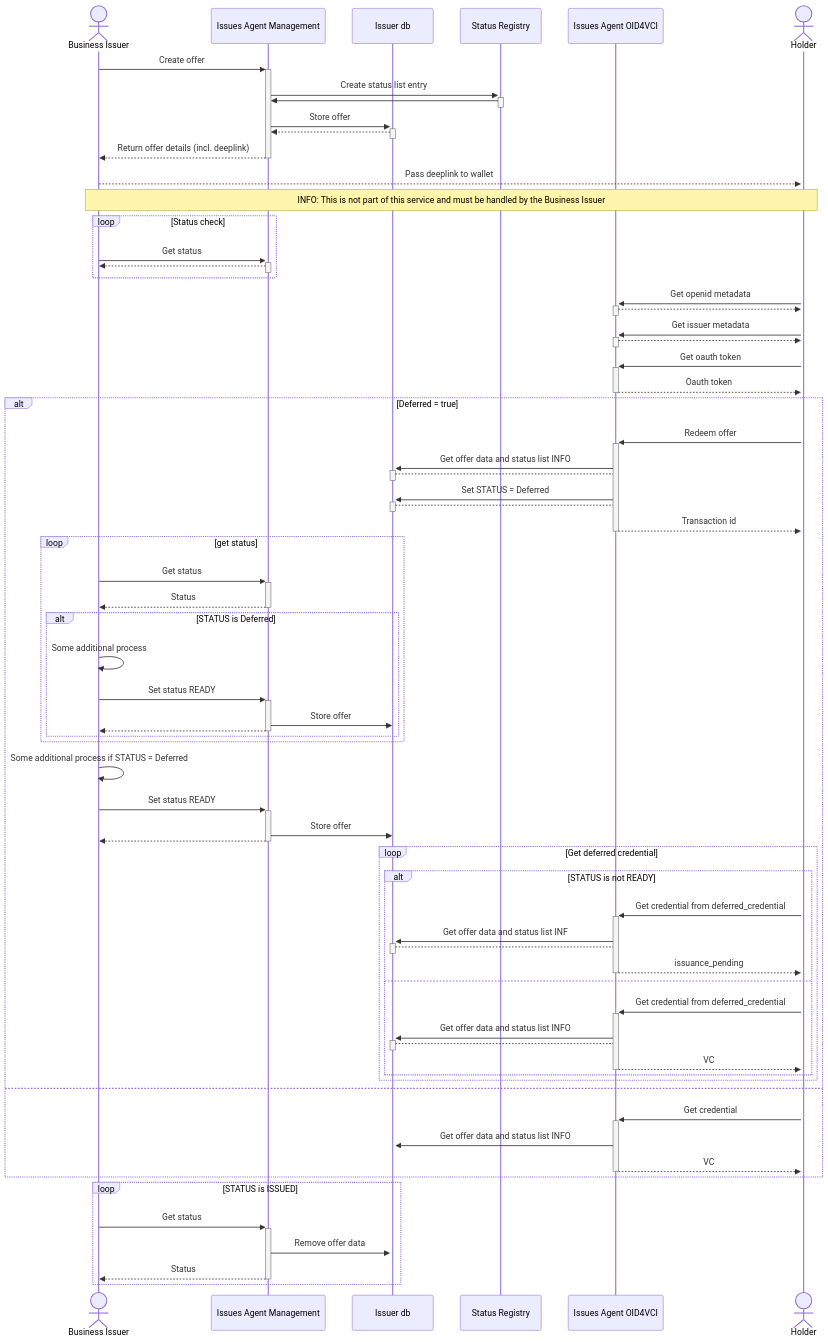
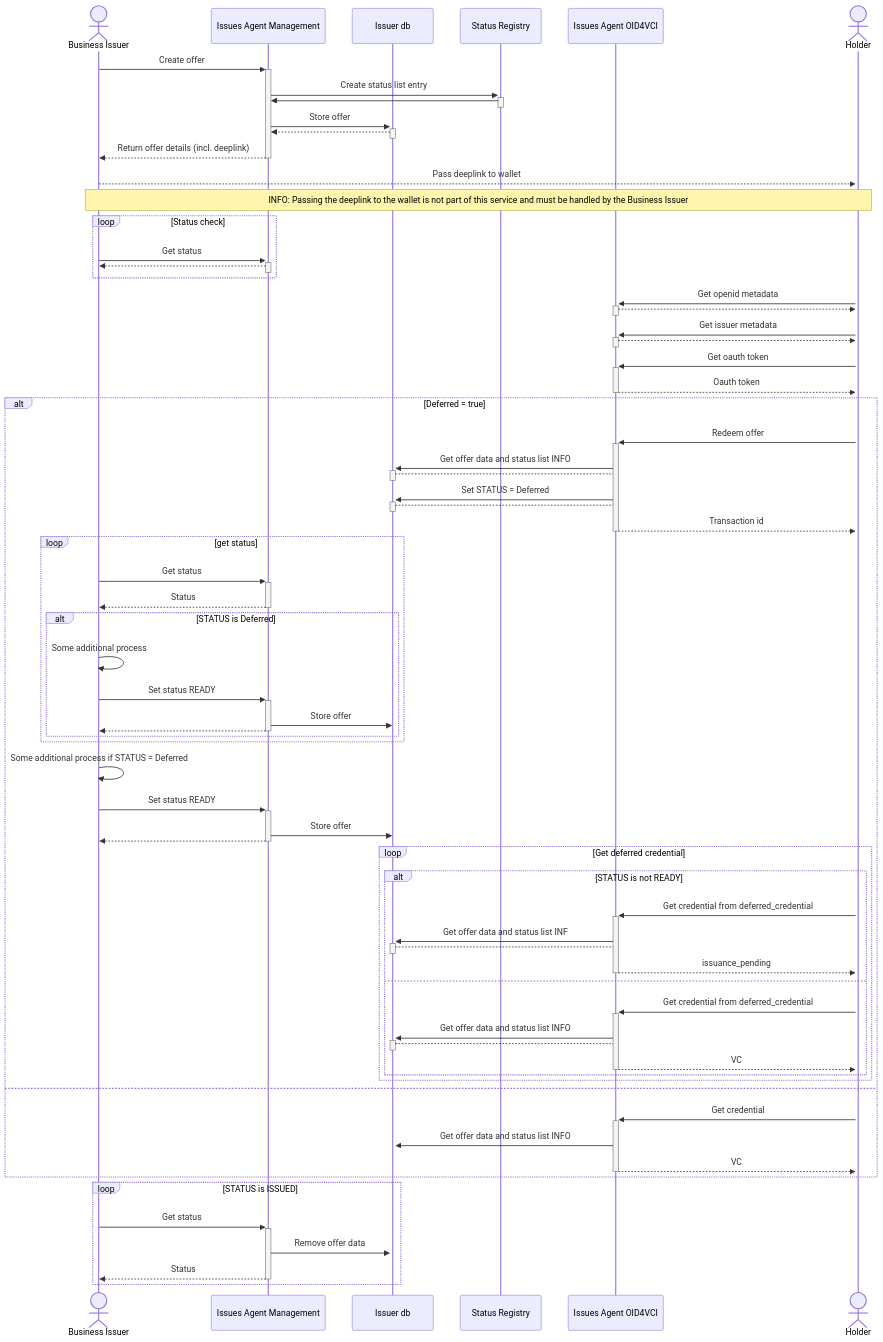
One commit to swiyu-admin-ch/swiyu-issuer changed the third of 4 diagrams in README.md. Above: the diagram before and after it, drawn with Mermaid.

Commit message:
Applied suggestion

```diff
--- a/README.md
+++ b/README.md
@@ -321,7 +321,7 @@
 
     # Pass deeplink to WALLET
     BUSINESS-->>+WALLET : Pass deeplink to wallet
-    Note over BUSINESS,WALLET: INFO: This is not part of this service and must be handled by the Business Issuer
+    Note over BUSINESS,WALLET: INFO: Passing the deeplink to the wallet is not part of this service and must be handled by the Business Issuer
 
     loop Status check
         BUSINESS->>+MGMT: Get status
```
